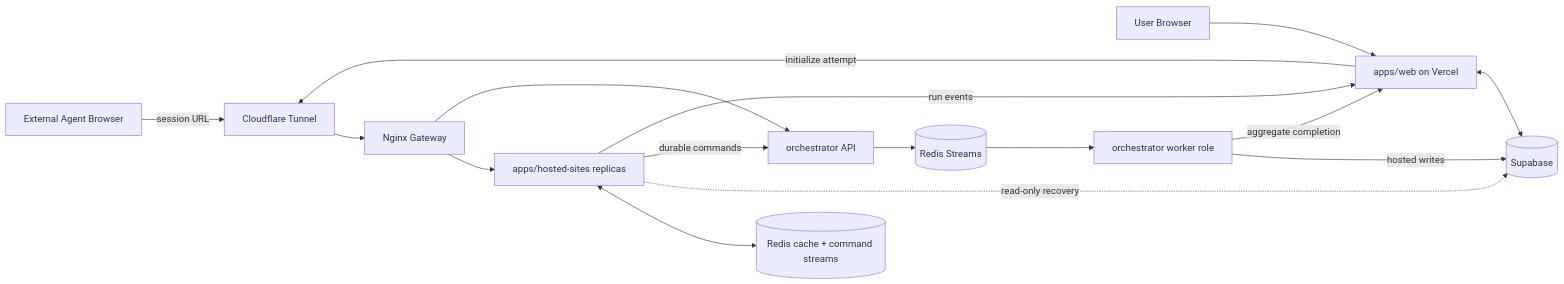
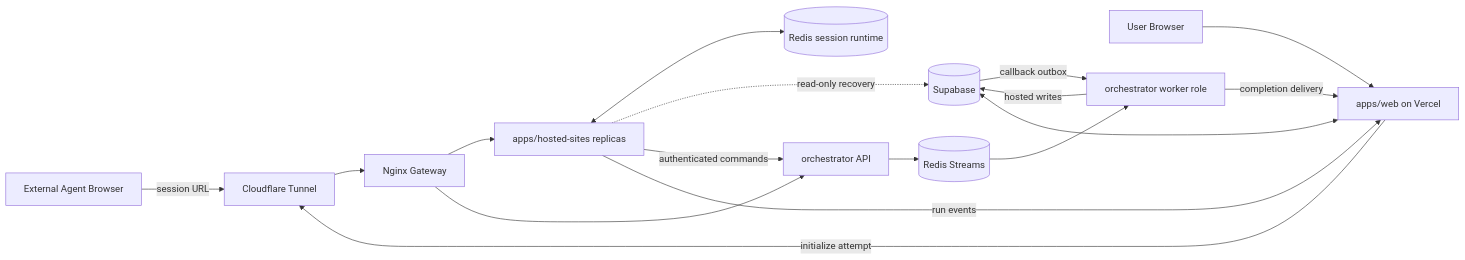
One commit to Kaiwen0418/agent-benchmark changed the diagram in README.md. Above: the diagram before and after it, drawn with Mermaid. The commit also changed other lines of this file and 7 other files, not shown here.

Commit message:
docs: align architecture and runtime data flow (#67)

````diff
--- a/README.md
+++ b/README.md
@@ -54,18 +54,19 @@
 ```mermaid
 flowchart LR
   Agent["External Agent Browser"] -->|"session URL"| Edge["Cloudflare Tunnel"]
   User["User Browser"] --> Web["apps/web on Vercel"]
   Web -->|"initialize attempt"| Edge
   Edge --> Gateway["Nginx Gateway"]
   Gateway --> Sites["apps/hosted-sites replicas"]
   Gateway --> Orchestrator["orchestrator API"]
-  Sites <--> Redis[("Redis cache + command streams")]
+  Sites <--> SessionRedis[("Redis session runtime")]
   Web <--> DB[("Supabase")]
   Sites -.->|"read-only recovery"| DB
-  Sites -->|"durable commands"| Orchestrator
+  Sites -->|"authenticated commands"| Orchestrator
   Orchestrator --> Streams[("Redis Streams")]
   Streams --> Worker["orchestrator worker role"]
   Worker -->|"hosted writes"| DB
   Sites -->|"run events"| Web
-  Worker -->|"aggregate completion"| Web
+  DB -->|"callback outbox"| Worker
+  Worker -->|"completion delivery"| Web
 ```
````
